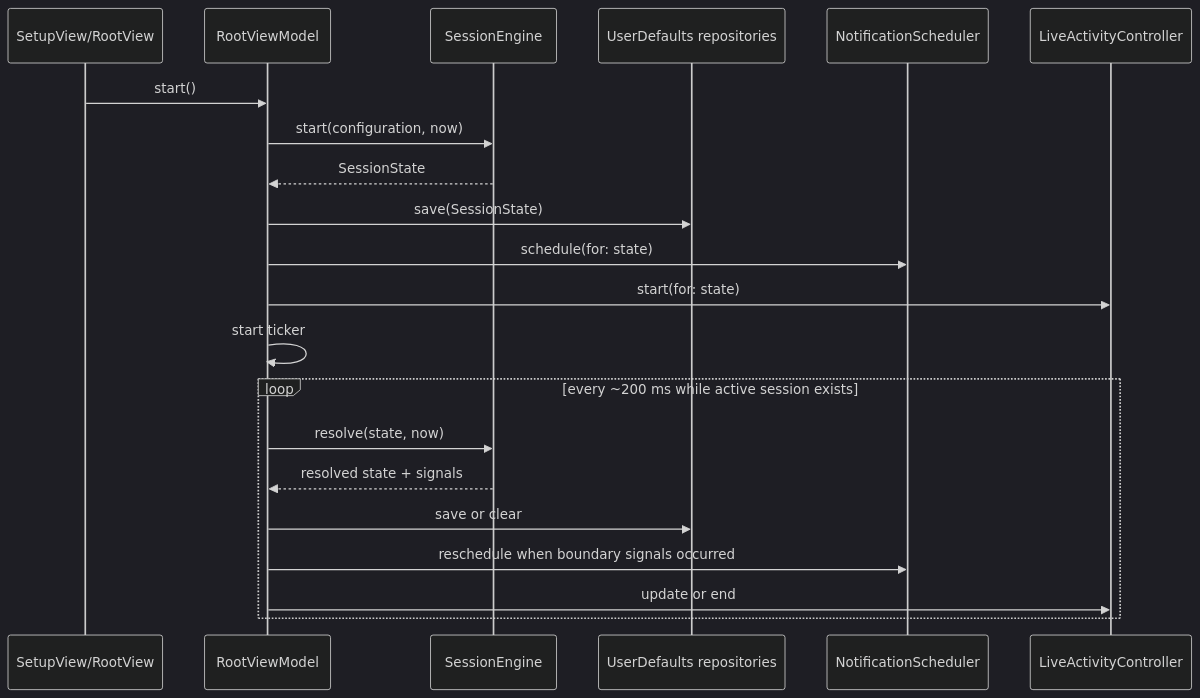
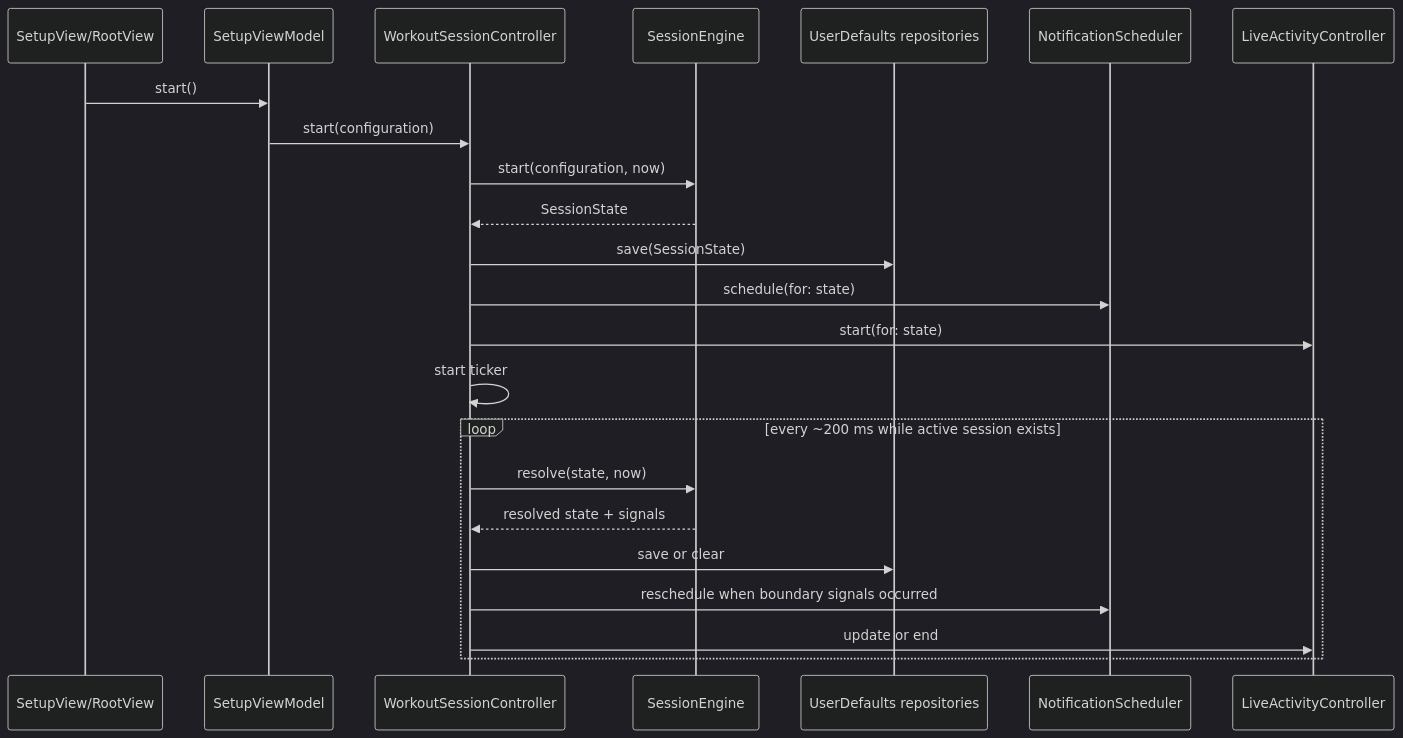
Before and after one commit to CoBug92/Fight-Clock: the diagram in docs/tech/architecture.md, drawn with Mermaid (dark theme). The commit also changed other lines of this file and 17 other files, not shown here.

````diff
--- a/docs/tech/architecture.md
+++ b/docs/tech/architecture.md
@@ -67,24 +72,26 @@
 ```mermaid
 sequenceDiagram
     participant UI as SetupView/RootView
-    participant VM as RootViewModel
+    participant Setup as SetupViewModel
+    participant Session as WorkoutSessionController
     participant Engine as SessionEngine
     participant Store as UserDefaults repositories
     participant Notifications as NotificationScheduler
     participant Activity as LiveActivityController
 
-    UI->>VM: start()
-    VM->>Engine: start(configuration, now)
-    Engine-->>VM: SessionState
-    VM->>Store: save(SessionState)
-    VM->>Notifications: schedule(for: state)
-    VM->>Activity: start(for: state)
-    VM->>VM: start ticker
+    UI->>Setup: start()
+    Setup->>Session: start(configuration)
+    Session->>Engine: start(configuration, now)
+    Engine-->>Session: SessionState
+    Session->>Store: save(SessionState)
+    Session->>Notifications: schedule(for: state)
+    Session->>Activity: start(for: state)
+    Session->>Session: start ticker
     loop every ~200 ms while active session exists
-        VM->>Engine: resolve(state, now)
-        Engine-->>VM: resolved state + signals
-        VM->>Store: save or clear
-        VM->>Notifications: reschedule when boundary signals occurred
-        VM->>Activity: update or end
+        Session->>Engine: resolve(state, now)
+        Engine-->>Session: resolved state + signals
+        Session->>Store: save or clear
+        Session->>Notifications: reschedule when boundary signals occurred
+        Session->>Activity: update or end
     end
 ```
````
